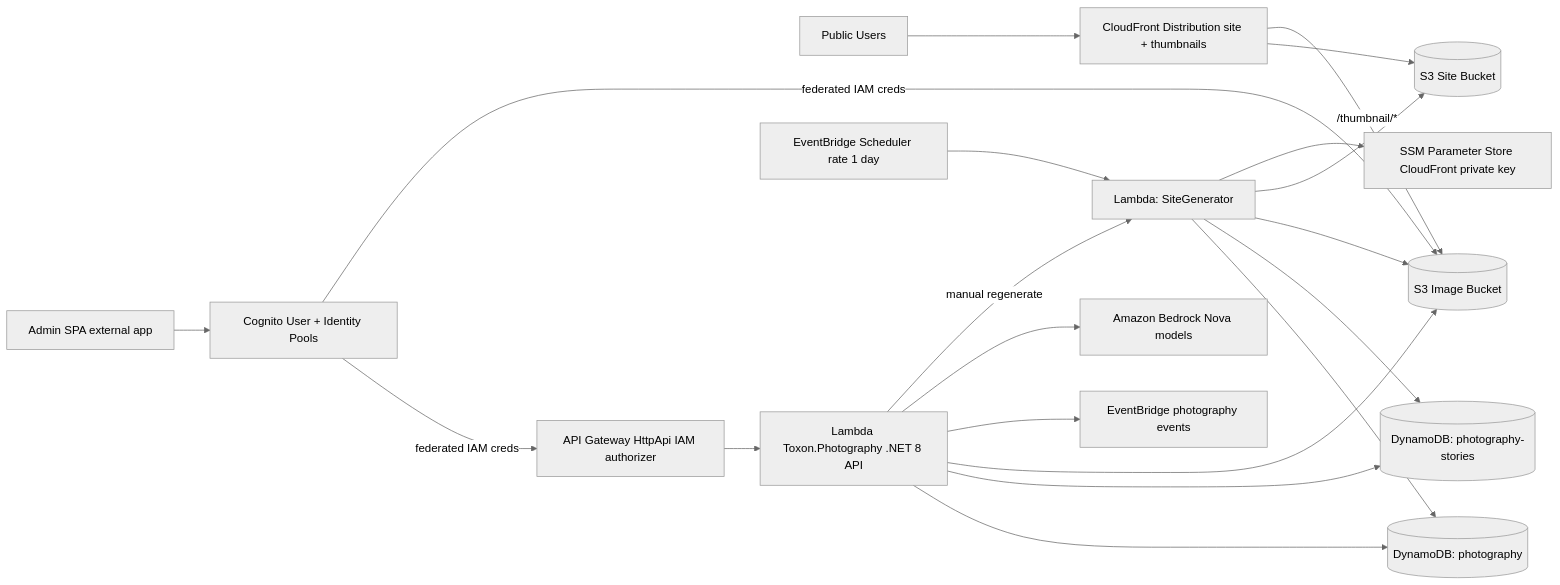
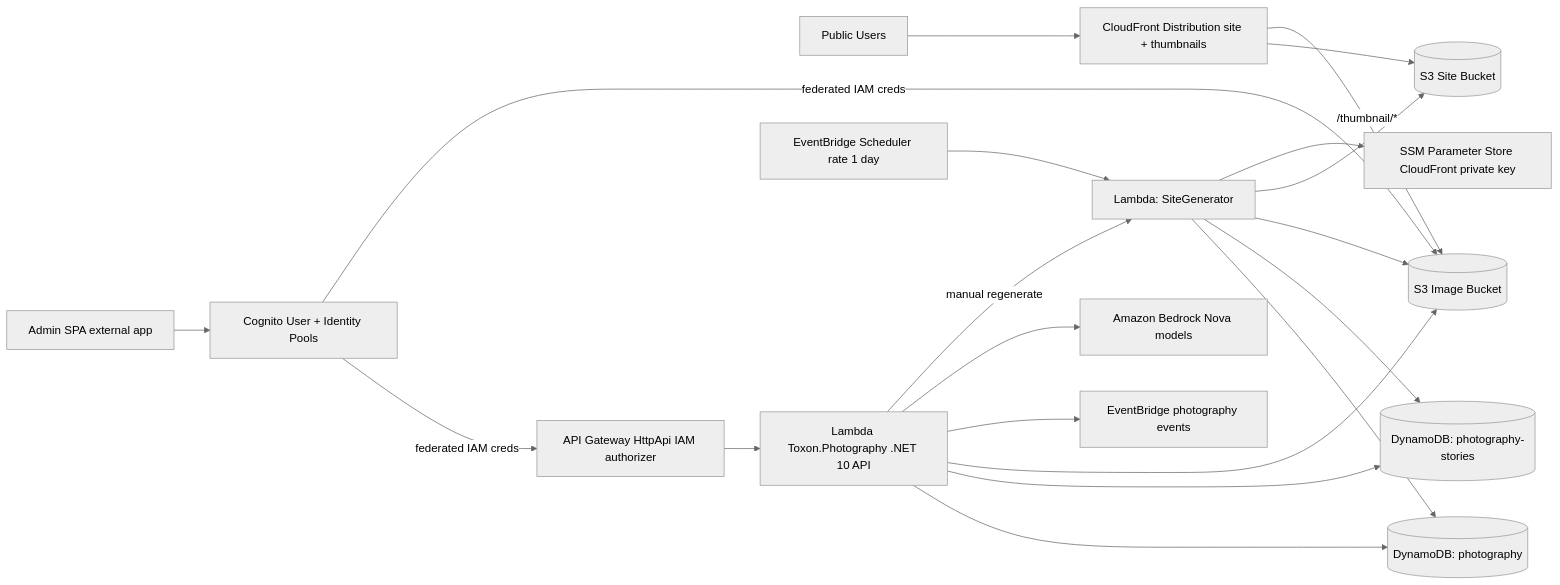
One commit to will14smith/Photography changed the diagram in README.md. Above: the diagram before and after it, drawn with Mermaid (neutral theme). The commit also changed 13 other files, not shown here.

````diff
--- a/README.md
+++ b/README.md
@@ -25,45 +25,45 @@
 ```mermaid
 flowchart LR
   Public[Public Users]
   Admin[Admin SPA external app]
 
   CF[CloudFront Distribution site + thumbnails]
   SiteBucket[(S3 Site Bucket)]
   ImageBucket[(S3 Image Bucket)]
 
   Cognito[Cognito User + Identity Pools]
   HttpApi[API Gateway HttpApi IAM authorizer]
-  ApiLambda[Lambda Toxon.Photography .NET 8 API]
+  ApiLambda[Lambda Toxon.Photography .NET 10 API]
 
   PhotoTable[(DynamoDB: photography)]
   StoryTable[(DynamoDB: photography-stories)]
   EventBridge[EventBridge photography events]
   Bedrock[Amazon Bedrock Nova models]
 
   Scheduler[EventBridge Scheduler rate 1 day]
   SiteGen[Lambda: SiteGenerator]
   Ssm[SSM Parameter Store CloudFront private key]
 
   Public --> CF
   CF --> SiteBucket
   CF -->|/thumbnail/*| ImageBucket
 
   Admin --> Cognito
   Cognito -->|federated IAM creds| HttpApi
   Cognito -->|federated IAM creds| ImageBucket
 
   HttpApi --> ApiLambda
   ApiLambda --> PhotoTable
   ApiLambda --> StoryTable
   ApiLambda --> ImageBucket
   ApiLambda --> EventBridge
   ApiLambda --> Bedrock
   ApiLambda -->|manual regenerate| SiteGen
 
   Scheduler --> SiteGen
   SiteGen --> PhotoTable
   SiteGen --> StoryTable
   SiteGen --> ImageBucket
   SiteGen --> SiteBucket
   SiteGen --> Ssm
 ```
````
